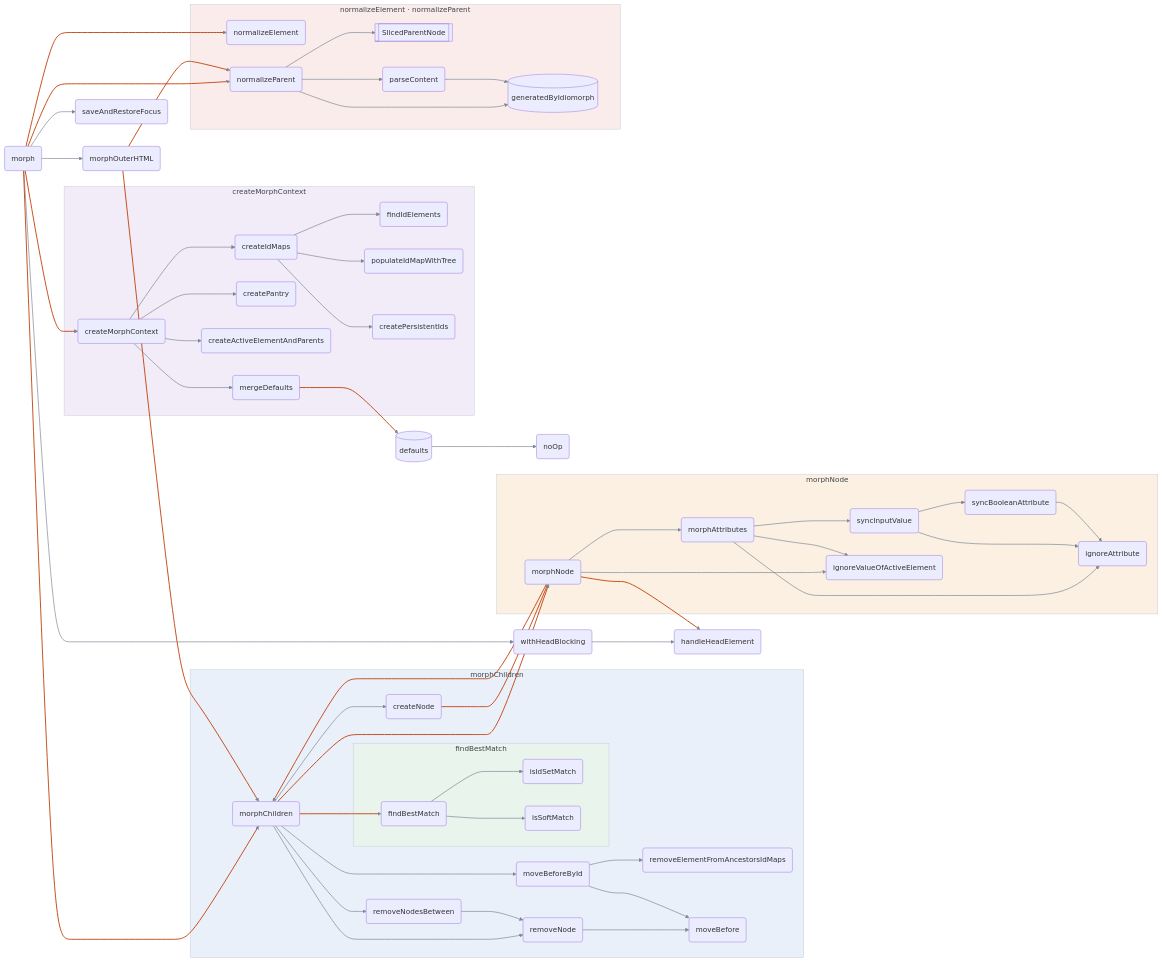
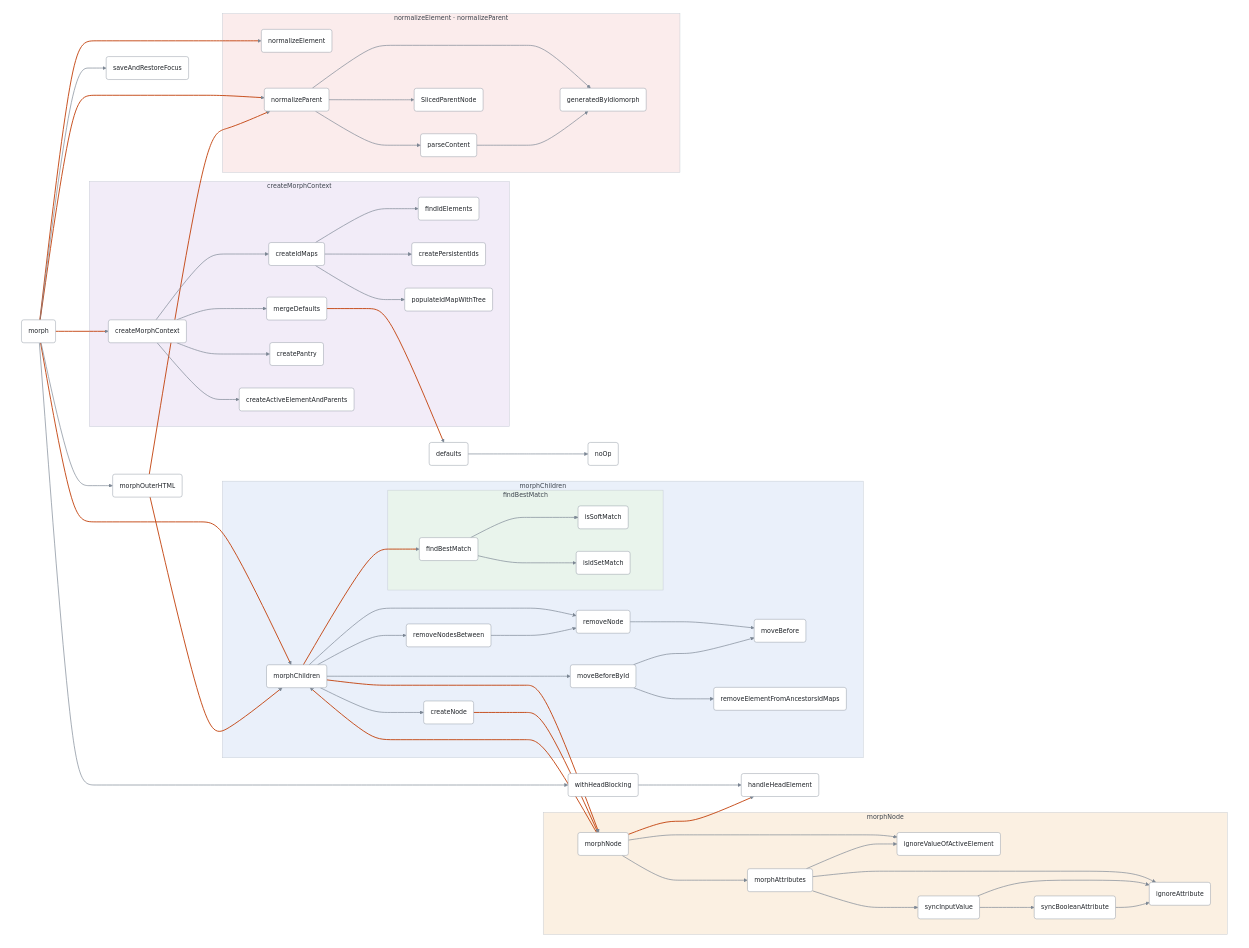
One commit to bigskysoftware/idiomorph changed the diagram in ARCHITECTURE.md. Above: the diagram before and after it, drawn with Mermaid. The commit also changed other lines of this file and 1 other file, not shown here.

Commit message:
give the architecture graph an opaque background, and simplify its generator.

````diff
--- a/ARCHITECTURE.md
+++ b/ARCHITECTURE.md
@@ -30,50 +26,54 @@
 ```mermaid
+%%{init: {"theme":"base","themeVariables":{"primaryColor":"#ffffff","primaryTextColor":"#1f2328","primaryBorderColor":"#8c959f","lineColor":"#7c8794","fontSize":"14px"}}}%%
 flowchart LR
-  noOp("noOp")
-  defaults[("defaults")]
-  morph("morph")
-  morphOuterHTML("morphOuterHTML")
-  saveAndRestoreFocus("saveAndRestoreFocus")
-  withHeadBlocking("withHeadBlocking")
-  handleHeadElement("handleHeadElement")
-  subgraph s1["morphChildren"]
-    morphChildren("morphChildren")
-    createNode("createNode")
-    removeNode("removeNode")
-    removeNodesBetween("removeNodesBetween")
-    moveBeforeById("moveBeforeById")
-    removeElementFromAncestorsIdMaps("removeElementFromAncestorsIdMaps")
-    moveBefore("moveBefore")
-    subgraph s2["findBestMatch"]
-      findBestMatch("findBestMatch")
-      isIdSetMatch("isIdSetMatch")
-      isSoftMatch("isSoftMatch")
+  subgraph card[" "]
+    direction LR
+    noOp("noOp")
+    defaults("defaults")
+    morph("morph")
+    morphOuterHTML("morphOuterHTML")
+    saveAndRestoreFocus("saveAndRestoreFocus")
+    withHeadBlocking("withHeadBlocking")
+    handleHeadElement("handleHeadElement")
+    subgraph c1["morphChildren"]
+      morphChildren("morphChildren")
+      createNode("createNode")
+      removeNode("removeNode")
+      removeNodesBetween("removeNodesBetween")
+      moveBeforeById("moveBeforeById")
+      removeElementFromAncestorsIdMaps("removeElementFromAncestorsIdMaps")
+      moveBefore("moveBefore")
+      subgraph c2["findBestMatch"]
+        findBestMatch("findBestMatch")
+        isIdSetMatch("isIdSetMatch")
+        isSoftMatch("isSoftMatch")
+      end
     end
-  end
-  subgraph s3["morphNode"]
-    morphNode("morphNode")
-    morphAttributes("morphAttributes")
-    syncInputValue("syncInputValue")
-    syncBooleanAttribute("syncBooleanAttribute")
-    ignoreAttribute("ignoreAttribute")
-    ignoreValueOfActiveElement("ignoreValueOfActiveElement")
-  end
-  subgraph s4["createMorphContext"]
-    createMorphContext("createMorphContext")
-    mergeDefaults("mergeDefaults")
-    createPantry("createPantry")
-    createActiveElementAndParents("createActiveElementAndParents")
-    findIdElements("findIdElements")
-    populateIdMapWithTree("populateIdMapWithTree")
-    createIdMaps("createIdMaps")
-    createPersistentIds("createPersistentIds")
-  end
-  subgraph s5["normalizeElement · normalizeParent"]
-    generatedByIdiomorph[("generatedByIdiomorph")]
-    normalizeElement("normalizeElement")
-    normalizeParent("normalizeParent")
-    SlicedParentNode[["SlicedParentNode"]]
-    parseContent("parseContent")
+    subgraph c3["morphNode"]
+      morphNode("morphNode")
+      morphAttributes("morphAttributes")
+      syncInputValue("syncInputValue")
+      syncBooleanAttribute("syncBooleanAttribute")
+      ignoreAttribute("ignoreAttribute")
+      ignoreValueOfActiveElement("ignoreValueOfActiveElement")
+    end
+    subgraph c4["createMorphContext"]
+      createMorphContext("createMorphContext")
+      mergeDefaults("mergeDefaults")
+      createPantry("createPantry")
+      createActiveElementAndParents("createActiveElementAndParents")
+      findIdElements("findIdElements")
+      populateIdMapWithTree("populateIdMapWithTree")
+      createIdMaps("createIdMaps")
+      createPersistentIds("createPersistentIds")
+    end
+    subgraph c5["normalizeElement · normalizeParent"]
+      generatedByIdiomorph("generatedByIdiomorph")
+      normalizeElement("normalizeElement")
+      normalizeParent("normalizeParent")
+      SlicedParentNode("SlicedParentNode")
+      parseContent("parseContent")
+    end
   end
   defaults --> noOp
   morph --> normalizeElement
@@ -121,11 +121,12 @@
   normalizeParent --> generatedByIdiomorph
   normalizeParent --> SlicedParentNode
   parseContent --> generatedByIdiomorph
-  style s1 fill:#eaf0fa,stroke:#c3cad3,color:#3d444d
-  style s2 fill:#e9f4ec,stroke:#c3cad3,color:#3d444d
-  style s3 fill:#fbf0e2,stroke:#c3cad3,color:#3d444d
-  style s4 fill:#f2ecf8,stroke:#c3cad3,color:#3d444d
-  style s5 fill:#fbecec,stroke:#c3cad3,color:#3d444d
+  style c1 fill:#eaf0fa,stroke:#c3cad3,color:#3d444d
+  style c2 fill:#e9f4ec,stroke:#c3cad3,color:#3d444d
+  style c3 fill:#fbf0e2,stroke:#c3cad3,color:#3d444d
+  style c4 fill:#f2ecf8,stroke:#c3cad3,color:#3d444d
+  style c5 fill:#fbecec,stroke:#c3cad3,color:#3d444d
+  style card fill:#ffffff,stroke:#ffffff
   linkStyle default stroke:#7c8794,stroke-width:1.5px
   linkStyle 1,2,3,6,8,9,10,12,16,23,26,38 stroke:#c2410c,stroke-width:2px
 ```
````
